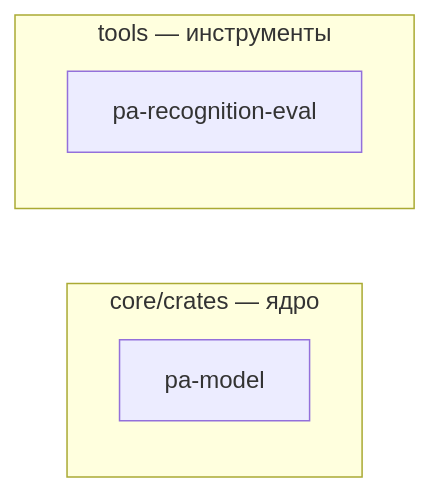
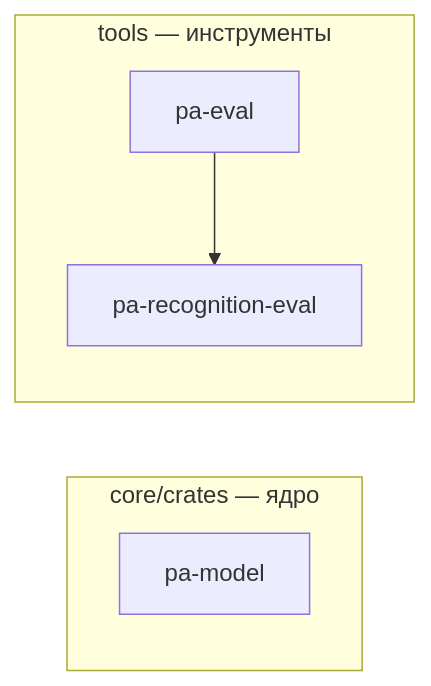
Before and after one commit to DenisHumen/project_alpha: the diagram in docs/dev/crate-graph.md, drawn with Mermaid. The commit also changed other lines of this file and 12 other files, not shown here.

First line of the commit message:
feat(meta): add pa-eval offline recognition eval runner [META-003] (#15)

````diff
--- a/docs/dev/crate-graph.md
+++ b/docs/dev/crate-graph.md
@@ -12,9 +12,11 @@
 ```mermaid
 flowchart LR
   subgraph g0["core/crates — ядро"]
     pa_model["pa-model"]
   end
   subgraph g1["tools — инструменты"]
+    pa_eval["pa-eval"]
     pa_recognition_eval["pa-recognition-eval"]
   end
+  pa_eval --> pa_recognition_eval
 ```
````
